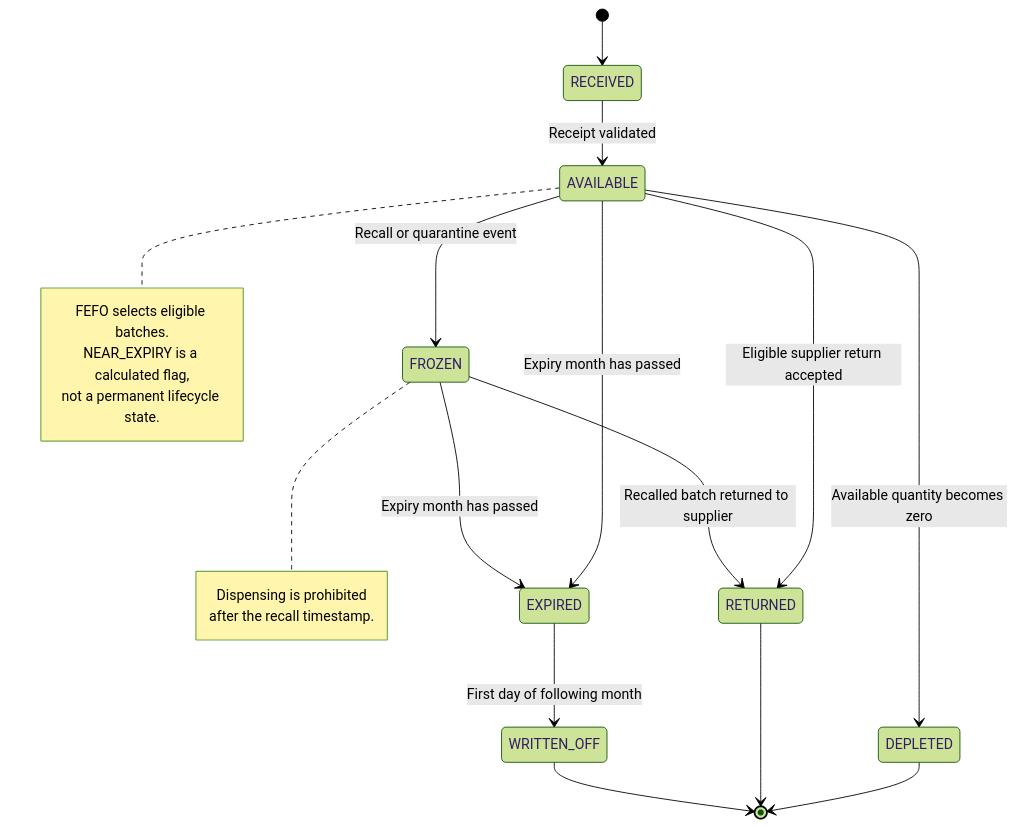
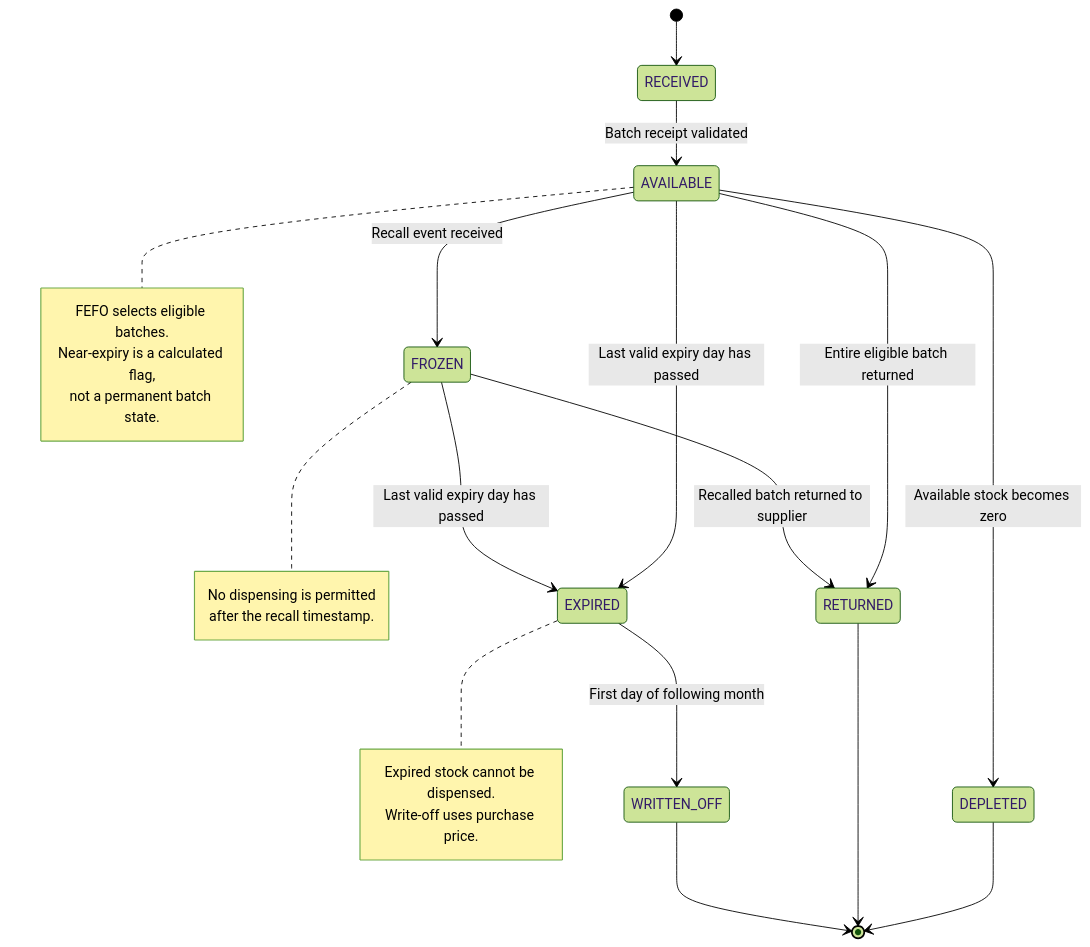
Before and after one commit to karthikeyaA06/T068-PS-061: the first of 2 diagrams in docs/diagrams/state_diagrams.md, drawn with Mermaid (forest theme). The commit also changed other lines of this file, not shown here.

Commit message:
Finalize PS-061 state and class diagrams

````diff
--- a/docs/diagrams/state_diagrams.md
+++ b/docs/diagrams/state_diagrams.md
@@ -6,35 +7,40 @@
 ```mermaid
 stateDiagram-v2
     [*] --> RECEIVED
 
-    RECEIVED --> AVAILABLE: Receipt validated
+    RECEIVED --> AVAILABLE: Batch receipt validated
 
-    AVAILABLE --> DEPLETED: Available quantity becomes zero
+    AVAILABLE --> DEPLETED: Available stock becomes zero
 
-    AVAILABLE --> FROZEN: Recall or quarantine event
+    AVAILABLE --> FROZEN: Recall event received
 
-    AVAILABLE --> RETURNED: Eligible supplier return accepted
+    AVAILABLE --> RETURNED: Entire eligible batch returned
 
-    AVAILABLE --> EXPIRED: Expiry month has passed
+    AVAILABLE --> EXPIRED: Last valid expiry day has passed
 
     FROZEN --> RETURNED: Recalled batch returned to supplier
 
-    FROZEN --> EXPIRED: Expiry month has passed
+    FROZEN --> EXPIRED: Last valid expiry day has passed
 
     EXPIRED --> WRITTEN_OFF: First day of following month
 
     DEPLETED --> [*]
     RETURNED --> [*]
     WRITTEN_OFF --> [*]
 
-    note right of FROZEN
-      Dispensing is prohibited
-      after the recall timestamp.
+    note right of AVAILABLE
+        FEFO selects eligible batches.
+        Near-expiry is a calculated flag,
+        not a permanent batch state.
     end note
 
-    note right of AVAILABLE
-      FEFO selects eligible batches.
-      NEAR_EXPIRY is a calculated flag,
-      not a permanent lifecycle state.
+    note right of FROZEN
+        No dispensing is permitted
+        after the recall timestamp.
+    end note
+
+    note right of EXPIRED
+        Expired stock cannot be dispensed.
+        Write-off uses purchase price.
     end note
 ```
````
